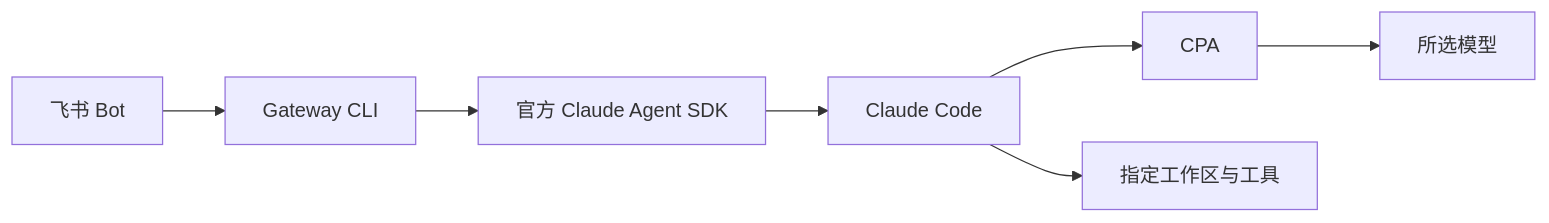
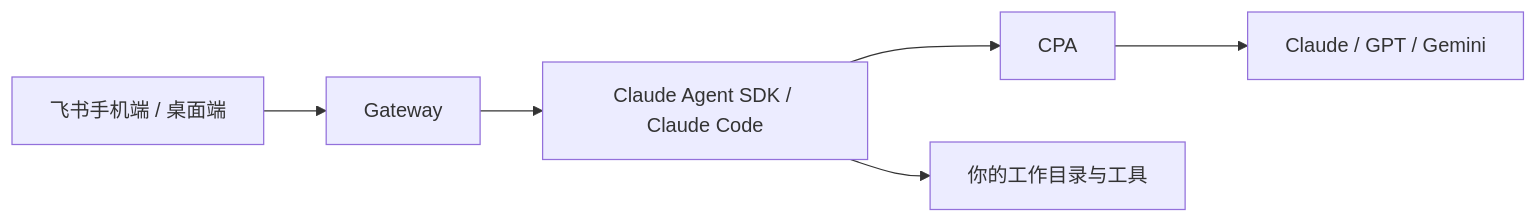
One commit to ketchupz1999/feishu-agent-gateway changed the diagram in README.md. Above: the diagram before and after it, drawn with Mermaid. The commit also changed other lines of this file and 18 other files, not shown here.

````diff
--- a/README.md
+++ b/README.md
@@ -7,5 +7,7 @@
 ```mermaid
 flowchart LR
- F[飞书 Bot] --> G[Gateway CLI] --> S[官方 Claude Agent SDK] --> C[Claude Code] --> P[CPA] --> M[所选模型]
- C --> W[指定工作区与工具]
+    F[飞书手机端 / 桌面端] --> G[Gateway]
+    G --> C[Claude Agent SDK / Claude Code]
+    C --> P[CPA] --> M[Claude / GPT / Gemini]
+    C --> W[你的工作目录与工具]
 ```
````
